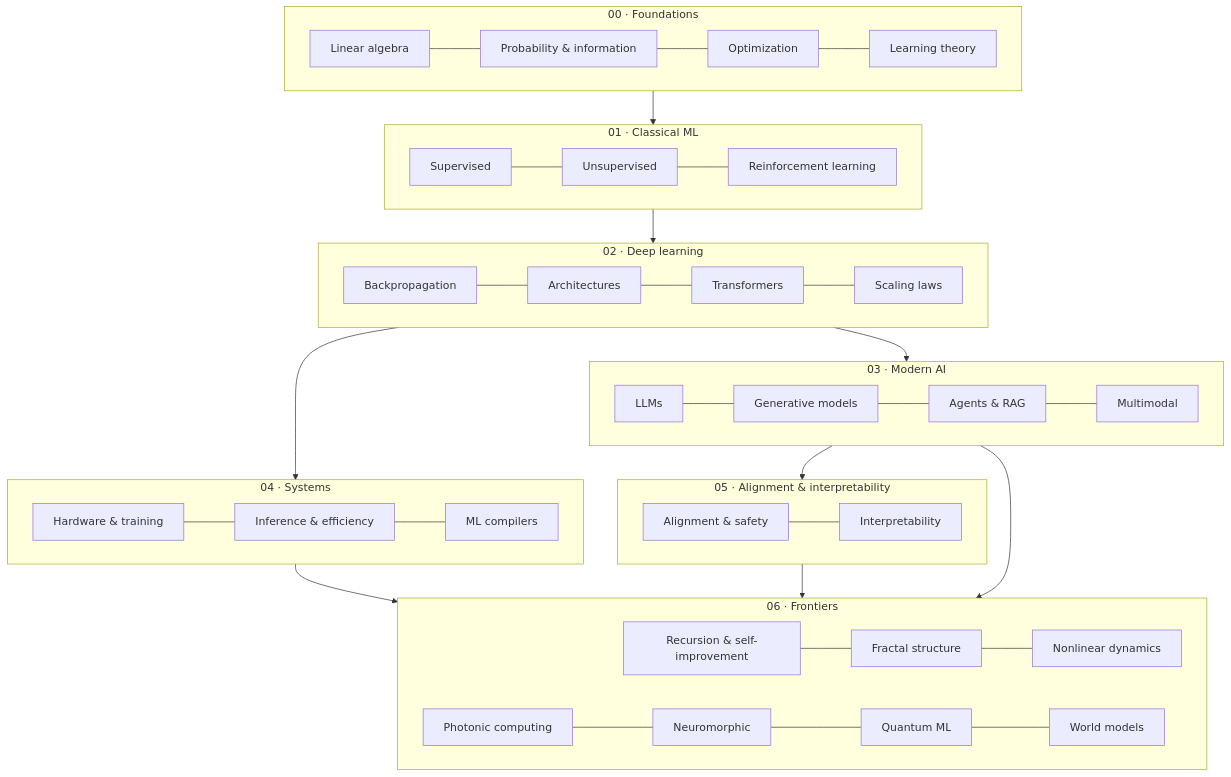
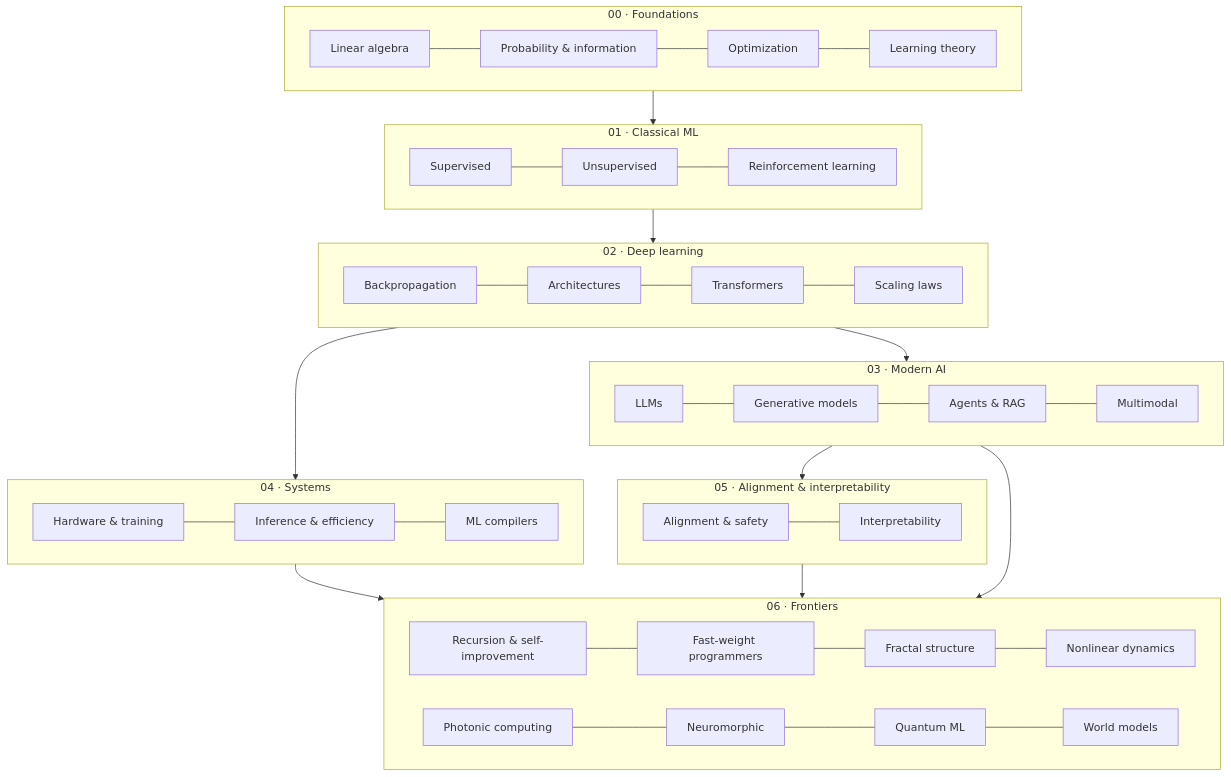
One commit to marcpoliquin5/understanding-ai changed the diagram in README.md. Above: the diagram before and after it, drawn with Mermaid. The commit also changed other lines of this file and 6 other files, not shown here.

Commit message:
Add Fast-weight programmers and self-referential networks page (Frontiers) with 20 checked references

````diff
--- a/README.md
+++ b/README.md
@@ -30,31 +30,31 @@
 ```mermaid
 flowchart TB
     subgraph F[00 · Foundations]
         F1[Linear algebra] --- F2[Probability & information] --- F3[Optimization] --- F4[Learning theory]
     end
     subgraph C[01 · Classical ML]
         C1[Supervised] --- C2[Unsupervised] --- C3[Reinforcement learning]
     end
     subgraph D[02 · Deep learning]
         D1[Backpropagation] --- D2[Architectures] --- D3[Transformers] --- D4[Scaling laws]
     end
     subgraph M[03 · Modern AI]
         M1[LLMs] --- M2[Generative models] --- M3[Agents & RAG] --- M4[Multimodal]
     end
     subgraph S[04 · Systems]
         S1[Hardware & training] --- S2[Inference & efficiency] --- S3[ML compilers]
     end
     subgraph A[05 · Alignment & interpretability]
         A1[Alignment & safety] --- A2[Interpretability]
     end
     subgraph X[06 · Frontiers]
-        X1[Recursion & self-improvement] --- X2[Fractal structure] --- X3[Nonlinear dynamics]
+        X1[Recursion & self-improvement] --- X1b[Fast-weight programmers] --- X2[Fractal structure] --- X3[Nonlinear dynamics]
         X4[Photonic computing] --- X5[Neuromorphic] --- X6[Quantum ML] --- X7[World models]
     end
     F --> C --> D --> M
     D --> S
     M --> A
     S --> X
     A --> X
     M --> X
 ```
````
